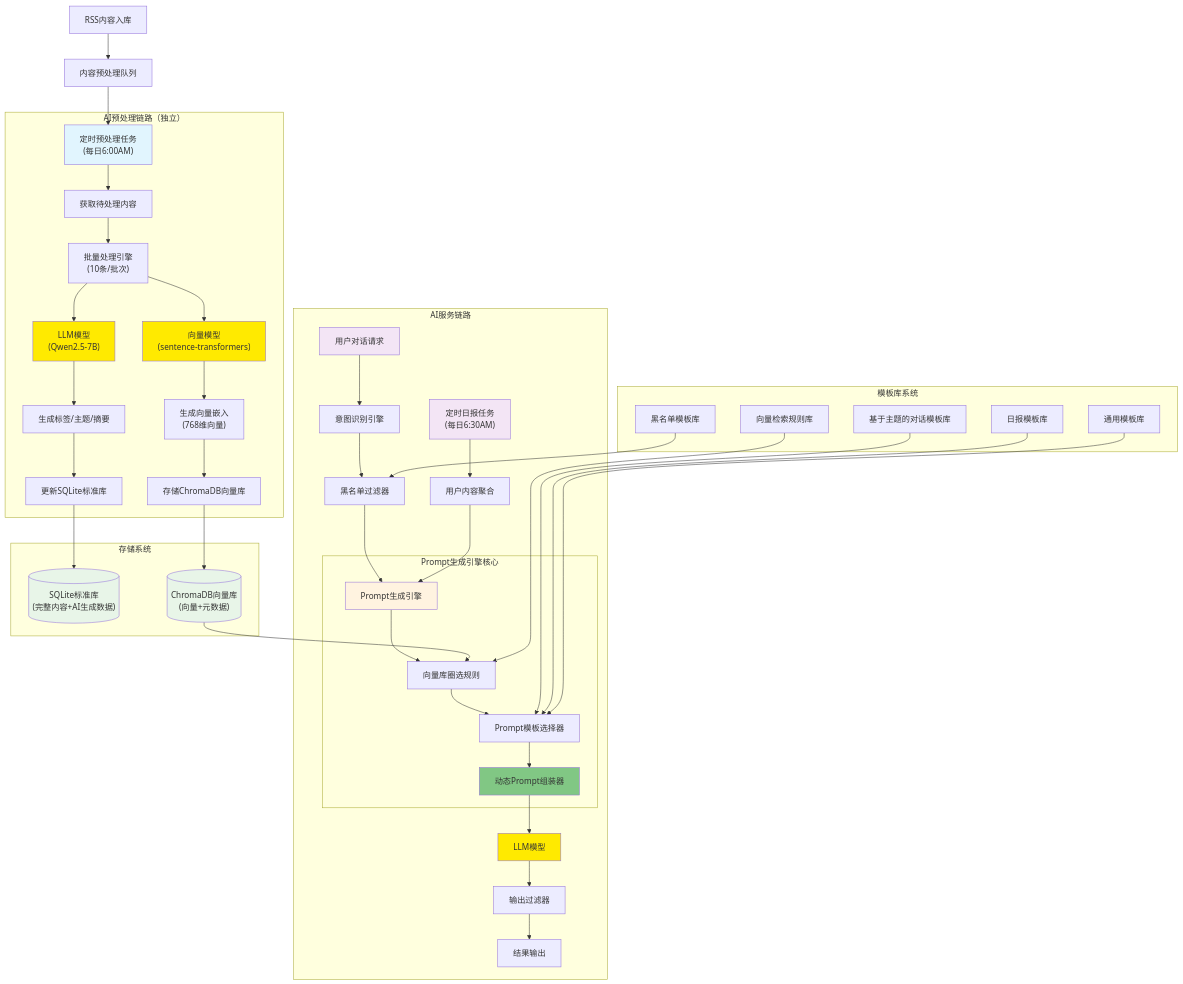
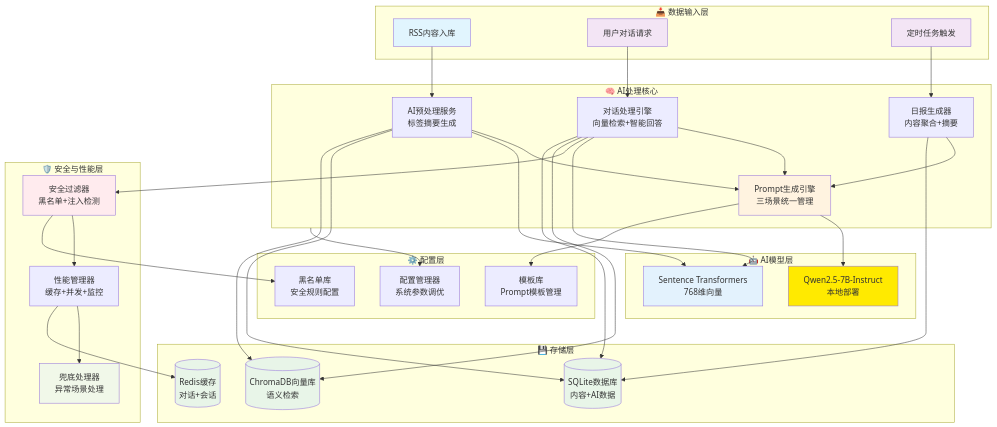
The first of 4 diagrams in docs/ai-architecture.md (czsayhi/RSSia), drawn with Mermaid before and after one commit. The commit also changed other lines of this file and 31 other files, not shown here.

````diff
--- a/docs/ai-architecture.md
+++ b/docs/ai-architecture.md
@@ -29,73 +29,88 @@
   ```mermaid
-  graph TD
-      A["RSS内容入库"] --> B["内容预处理队列"]
-      
-      subgraph "AI预处理链路（独立）"
-          C["定时预处理任务<br/>(每日6:00AM)"] --> D["获取待处理内容"]
-          D --> E["批量处理引擎<br/>(10条/批次)"]
-          
-          E --> F["LLM模型<br/>(Qwen2.5-7B)"]
-          E --> G["向量模型<br/>(sentence-transformers)"]
-          
-          F --> H["生成标签/主题/摘要"]
-          G --> I["生成向量嵌入<br/>(768维向量)"]
-          
-          H --> J["更新SQLite标准库"]
-          I --> K["存储ChromaDB向量库"]
+  graph TB
+      %% 数据输入层
+      subgraph Input ["📥 数据输入层"]
+          RSS["RSS内容入库"]
+          UserQuery["用户对话请求"]
+          Schedule["定时任务触发"]
       end
       
-      B --> C
-      
-      subgraph "AI服务链路"
-          L["用户对话请求"] --> M["意图识别引擎"]
-          P["定时日报任务<br/>(每日6:30AM)"] --> Q["用户内容聚合"]
-          
-          M --> N["黑名单过滤器"]
-          N --> O["Prompt生成引擎"]
-          Q --> O
-          
-          subgraph "Prompt生成引擎核心"
-              O --> R["向量库圈选规则"]
-              R --> S["Prompt模板选择器"]
-              S --> T["动态Prompt组装器"]
-          end
-          
-          T --> U["LLM模型"]
-          U --> V["输出过滤器"]
-          V --> W["结果输出"]
+      %% AI处理核心
+      subgraph AICore ["🧠 AI处理核心"]
+          PreProcessor["AI预处理服务<br/>标签摘要生成"]
+          ConversationEngine["对话处理引擎<br/>向量检索+智能回答"]
+          ReportGenerator["日报生成器<br/>内容聚合+摘要"]
+          PromptEngine["Prompt生成引擎<br/>三场景统一管理"]
       end
       
-      subgraph "模板库系统"
-          X1["黑名单模板库"]
-          X2["基于主题的对话模板库"]
-          X3["日报模板库"]
-          X4["通用模板库"]
-          X5["向量检索规则库"]
+      %% AI模型层
+      subgraph Models ["🤖 AI模型层"]
+          LLM["Qwen2.5-7B-Instruct<br/>本地部署"]
+          VectorModel["Sentence Transformers<br/>768维向量"]
       end
       
-      subgraph "存储系统"
-          Y1[("SQLite标准库<br/>(完整内容+AI生成数据)")]
-          Y2[("ChromaDB向量库<br/>(向量+元数据)")]
+      %% 安全和性能层
+      subgraph Security ["🛡️ 安全与性能层"]
+          SecurityFilter["安全过滤器<br/>黑名单+注入检测"]
+          PerformanceManager["性能管理器<br/>缓存+并发+监控"]
+          FallbackHandler["兜底处理器<br/>异常场景处理"]
       end
       
-      J --> Y1
-      K --> Y2
+      %% 存储层
+      subgraph Storage ["💾 存储层"]
+          SQLite[("SQLite数据库<br/>内容+AI数据")]
+          ChromaDB[("ChromaDB向量库<br/>语义检索")]
+          Cache[("Redis缓存<br/>对话+会话")]
+      end
       
-      Y2 --> R
-      X1 --> N
-      X2 --> S
-      X3 --> S
-      X4 --> S
-      X5 --> R
+      %% 配置层
+      subgraph Config ["⚙️ 配置层"]
+          TemplateLib["模板库<br/>Prompt模板管理"]
+          BlacklistLib["黑名单库<br/>安全规则配置"]
+          ConfigManager["配置管理器<br/>系统参数调优"]
+      end
       
-      style C fill:#e1f5fe
-      style L fill:#f3e5f5
-      style P fill:#f3e5f5
-      style O fill:#fff3e0
-      style F fill:#ffea00
-      style G fill:#ffea00
-      style T fill:#81c784
-      style U fill:#ffea00
-      style Y1 fill:#e8f5e8
-      style Y2 fill:#e8f5e8
+      %% 主要数据流
+      RSS --> PreProcessor
+      UserQuery --> ConversationEngine
+      Schedule --> ReportGenerator
+      
+      PreProcessor --> PromptEngine
+      ConversationEngine --> PromptEngine
+      ReportGenerator --> PromptEngine
+      
+      PromptEngine --> LLM
+      PreProcessor --> VectorModel
+      ConversationEngine --> VectorModel
+      
+      %% 安全和性能连接
+      ConversationEngine --> SecurityFilter
+      SecurityFilter --> PerformanceManager
+      PerformanceManager --> FallbackHandler
+      
+      %% 存储连接
+      PreProcessor --> SQLite
+      PreProcessor --> ChromaDB
+      ConversationEngine --> ChromaDB
+      ConversationEngine --> SQLite
+      ReportGenerator --> SQLite
+      PerformanceManager --> Cache
+      
+      %% 配置连接
+      PromptEngine --> TemplateLib
+      SecurityFilter --> BlacklistLib
+      AICore --> ConfigManager
+      
+      %% 样式定义
+      style RSS fill:#e1f5fe
+      style UserQuery fill:#f3e5f5
+      style Schedule fill:#f3e5f5
+      style LLM fill:#ffea00
+      style VectorModel fill:#e3f2fd
+      style PromptEngine fill:#fff3e0
+      style SecurityFilter fill:#ffebee
+      style FallbackHandler fill:#f1f8e9
+      style SQLite fill:#e8f5e8
+      style ChromaDB fill:#e8f5e8
+      style Cache fill:#e8f5e8
   ```
````
